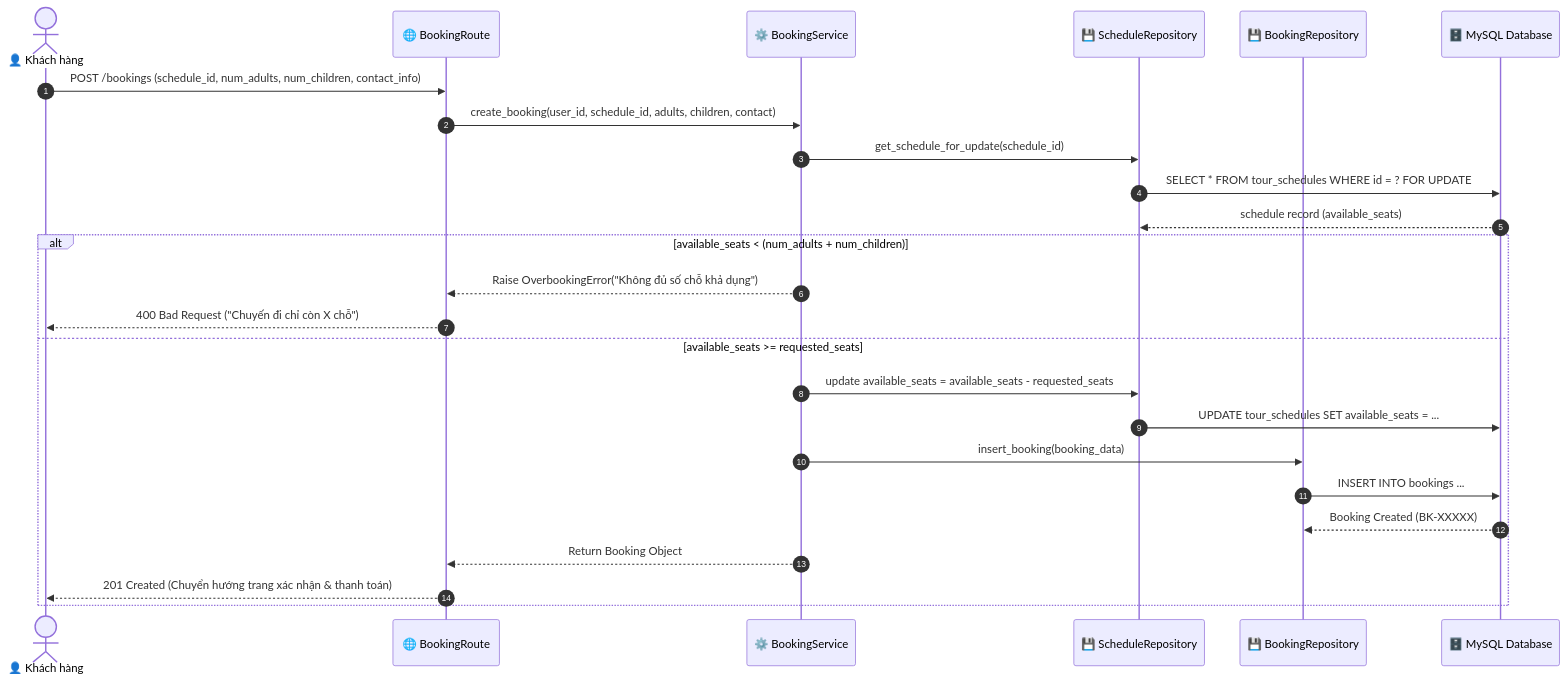
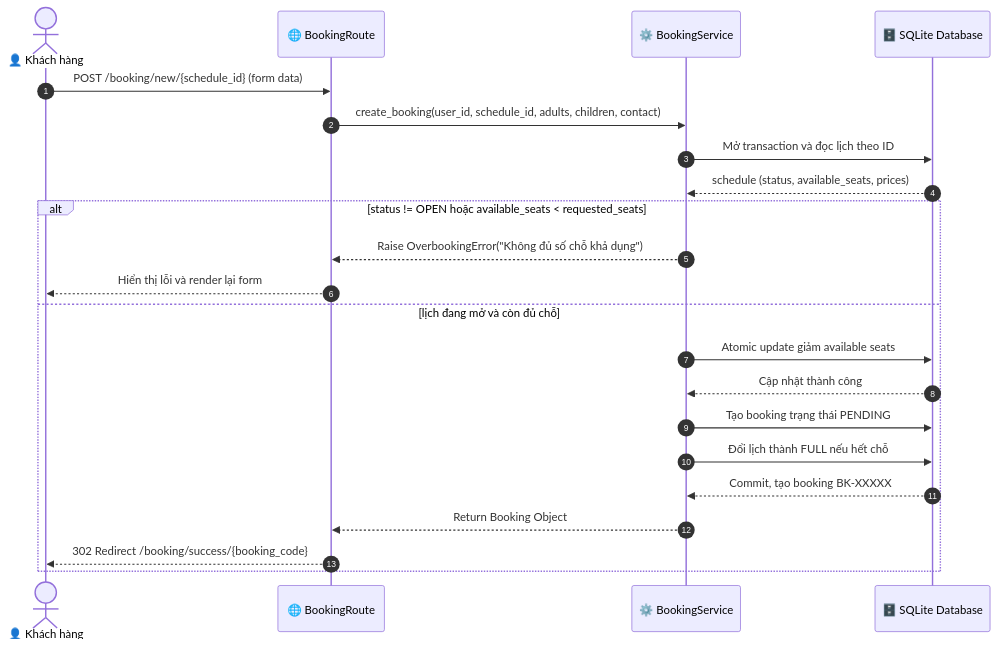
The fourth of 7 diagrams in docs/uml-diagrams.md (dtc245220010ictu/Tour_AI), drawn with Mermaid before and after one commit. The commit also changed other lines of this file and 27 other files, not shown here.

````diff
--- a/docs/uml-diagrams.md
+++ b/docs/uml-diagrams.md
@@ -270,29 +423,26 @@
 ```mermaid
 sequenceDiagram
     autonumber
     actor Customer as 👤 Khách hàng
     participant Route as 🌐 BookingRoute
     participant Service as ⚙️ BookingService
-    participant SchedRepo as 💾 ScheduleRepository
-    participant BookRepo as 💾 BookingRepository
-    participant DB as 🗄️ MySQL Database
+    participant DB as 🗄️ SQLite Database
 
-    Customer->>Route: POST /bookings (schedule_id, num_adults, num_children, contact_info)
+    Customer->>Route: POST /booking/new/{schedule_id} (form data)
     Route->>Service: create_booking(user_id, schedule_id, adults, children, contact)
-    Service->>SchedRepo: get_schedule_for_update(schedule_id)
-    SchedRepo->>DB: SELECT * FROM tour_schedules WHERE id = ? FOR UPDATE
-    DB-->>SchedRepo: schedule record (available_seats)
+    Service->>DB: Mở transaction và đọc lịch theo ID
+    DB-->>Service: schedule (status, available_seats, prices)
 
-    alt available_seats < (num_adults + num_children)
+    alt status != OPEN hoặc available_seats < requested_seats
         Service-->>Route: Raise OverbookingError("Không đủ số chỗ khả dụng")
-        Route-->>Customer: 400 Bad Request ("Chuyến đi chỉ còn X chỗ")
-    else available_seats >= requested_seats
-        Service->>SchedRepo: update available_seats = available_seats - requested_seats
-        SchedRepo->>DB: UPDATE tour_schedules SET available_seats = ...
-        Service->>BookRepo: insert_booking(booking_data)
-        BookRepo->>DB: INSERT INTO bookings ...
-        DB-->>BookRepo: Booking Created (BK-XXXXX)
+        Route-->>Customer: Hiển thị lỗi và render lại form
+    else lịch đang mở và còn đủ chỗ
+        Service->>DB: Atomic update giảm available seats
+        DB-->>Service: Cập nhật thành công
+        Service->>DB: Tạo booking trạng thái PENDING
+        Service->>DB: Đổi lịch thành FULL nếu hết chỗ
+        DB-->>Service: Commit, tạo booking BK-XXXXX
         Service-->>Route: Return Booking Object
-        Route-->>Customer: 201 Created (Chuyển hướng trang xác nhận & thanh toán)
+        Route-->>Customer: 302 Redirect /booking/success/{booking_code}
     end
 ```
````
